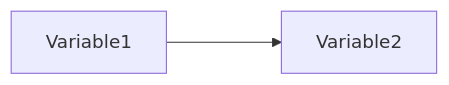
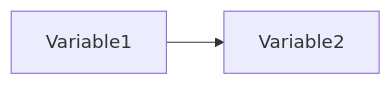
Before and after one commit to masterkram/bytehub: the diagram in docs/StudyNotes/Module1/ResearchMethodology/MPSM.md, drawn with Mermaid.

````diff
--- a/docs/StudyNotes/Module1/ResearchMethodology/MPSM.md
+++ b/docs/StudyNotes/Module1/ResearchMethodology/MPSM.md
@@ -90,4 +90,4 @@
 ```mermaid
 graph LR;
-Variable1 ---> Variable2;
+Variable1 --> Variable2;
 ```
````
